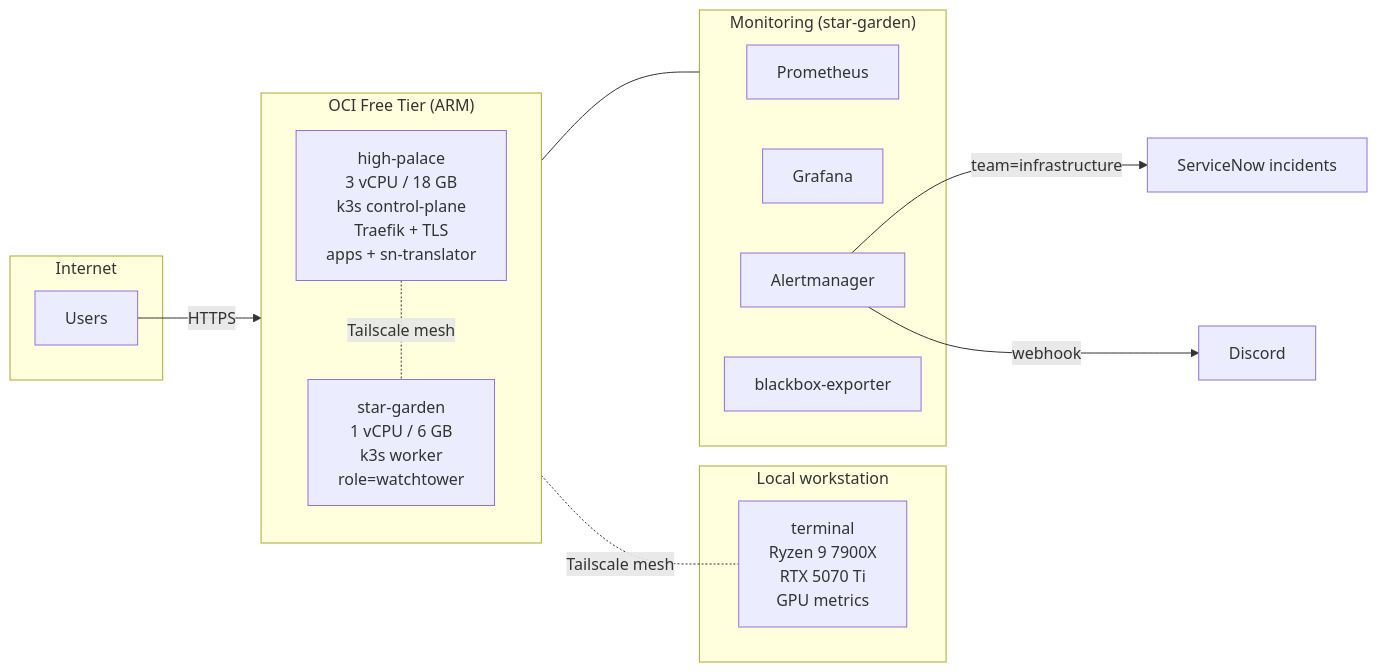
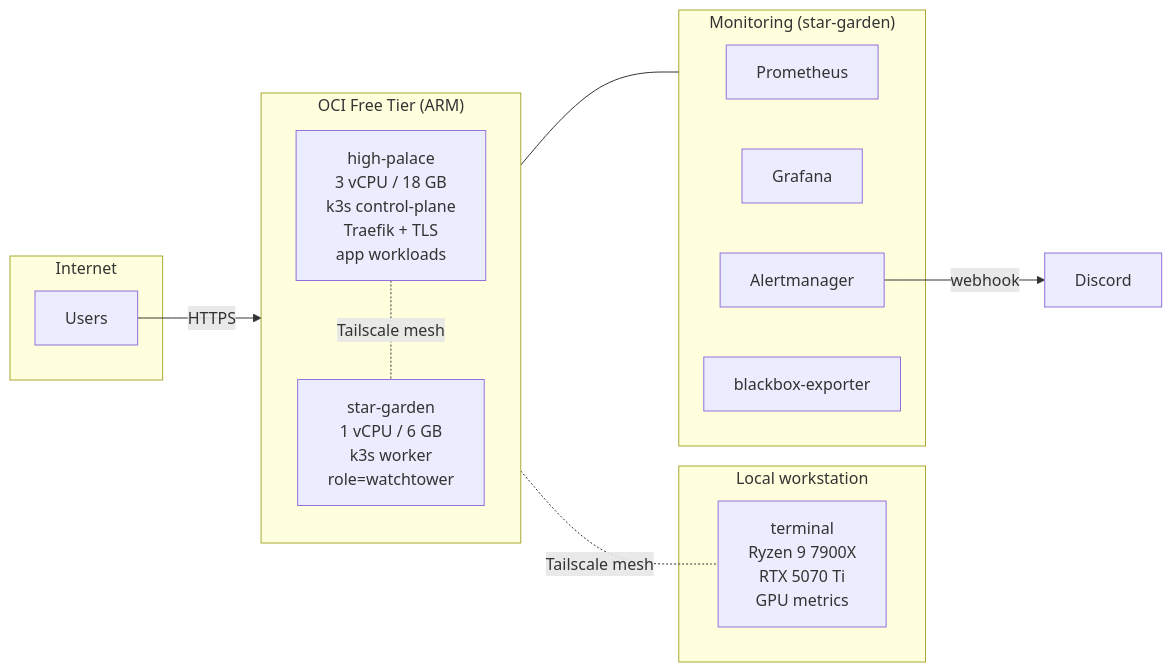
The diagram in README.md (grntsmth/homelab), drawn with Mermaid before and after one commit. The commit also changed other lines of this file and 29 other files, not shown here.

First line of the commit message:
feat!: retire the ServiceNow incident pipeline (ADR-003)

````diff
--- a/README.md
+++ b/README.md
@@ -7,30 +7,29 @@
 ```mermaid
 flowchart LR
     subgraph Internet
         U[Users]
     end
 
     subgraph OCI["OCI Free Tier (ARM)"]
         direction TB
-        HP["high-palace<br/>3 vCPU / 18 GB<br/>k3s control-plane<br/>Traefik + TLS<br/>apps + sn-translator"]
+        HP["high-palace<br/>3 vCPU / 18 GB<br/>k3s control-plane<br/>Traefik + TLS<br/>app workloads"]
         SG["star-garden<br/>1 vCPU / 6 GB<br/>k3s worker<br/>role=watchtower"]
     end
 
     subgraph Local["Local workstation"]
         TM["terminal<br/>Ryzen 9 7900X<br/>RTX 5070 Ti<br/>GPU metrics"]
     end
 
     subgraph Mon["Monitoring (star-garden)"]
         P[Prometheus]
         G[Grafana]
         A[Alertmanager]
         B[blackbox-exporter]
     end
 
     U -->|HTTPS| HP
     HP -.Tailscale mesh.- SG
     HP -.Tailscale mesh.- TM
     SG --- Mon
-    A -->|team=infrastructure| SN[ServiceNow incidents]
     A -->|webhook| D[Discord]
 ```
````
